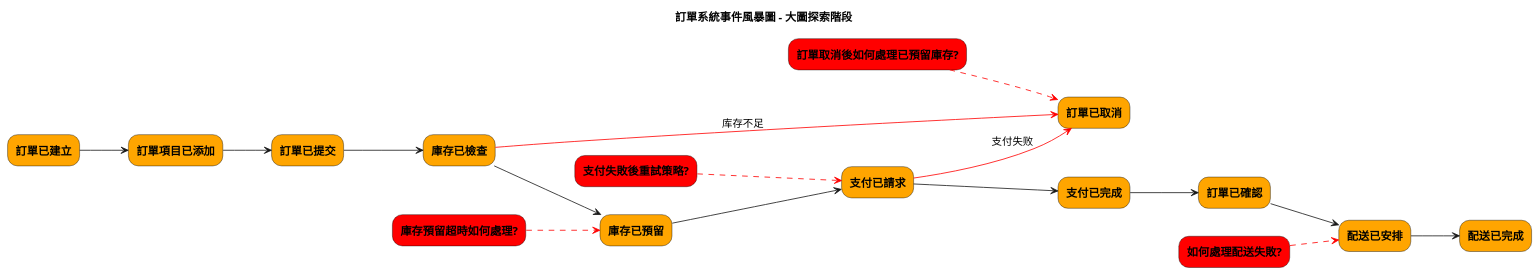
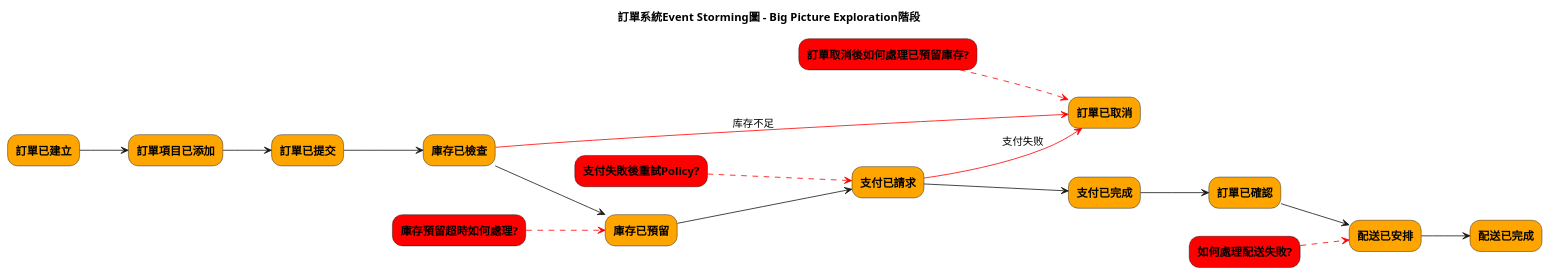
Before and after one commit to humank/genai-demo: the first of 9 diagrams in docs/en/diagrams/plantuml/es-gen-guidance.md, drawn with PlantUML. The commit also changed other lines of this file and 583 other files, not shown here.

````diff
--- a/docs/en/diagrams/plantuml/es-gen-guidance.md
+++ b/docs/en/diagrams/plantuml/es-gen-guidance.md
@@ -67,52 +65,52 @@
 ```puml
 @startuml big-picture-exploration
 left to right direction
 
 skinparam rectangle {
     RoundCorner 25
     BorderColor black
     FontStyle bold
 }
 
-title 訂單系統事件風暴圖 - 大圖探索階段
+title 訂單系統Event Storming圖 - Big Picture Exploration階段
 
 ' 只关注主要领域事件
 rectangle "訂單已建立" as OrderCreatedEvent #FFA500
 rectangle "訂單項目已添加" as OrderItemAddedEvent #FFA500
 rectangle "訂單已提交" as OrderSubmittedEvent #FFA500
 rectangle "庫存已檢查" as InventoryCheckedEvent #FFA500
 rectangle "庫存已預留" as InventoryReservedEvent #FFA500
 rectangle "支付已請求" as PaymentRequestedEvent #FFA500
 rectangle "支付已完成" as PaymentCompletedEvent #FFA500
 rectangle "訂單已確認" as OrderConfirmedEvent #FFA500
 rectangle "配送已安排" as DeliveryArrangedEvent #FFA500
 rectangle "配送已完成" as DeliveryCompletedEvent #FFA500
 rectangle "訂單已取消" as OrderCancelledEvent #FFA500
 
 ' 热点/问题
 rectangle "庫存預留超時如何處理?" as InventoryTimeoutIssue #FF0000
-rectangle "支付失敗後重試策略?" as PaymentRetryIssue #FF0000
+rectangle "支付失敗後重試Policy?" as PaymentRetryIssue #FF0000
 rectangle "訂單取消後如何處理已預留庫存?" as InventoryReleaseIssue #FF0000
 rectangle "如何處理配送失敗?" as DeliveryFailureIssue #FF0000
 
 ' 时间线连接
 OrderCreatedEvent --> OrderItemAddedEvent
 OrderItemAddedEvent --> OrderSubmittedEvent
 OrderSubmittedEvent --> InventoryCheckedEvent
 InventoryCheckedEvent --> InventoryReservedEvent
 InventoryReservedEvent --> PaymentRequestedEvent
 PaymentRequestedEvent --> PaymentCompletedEvent
 PaymentCompletedEvent --> OrderConfirmedEvent
 OrderConfirmedEvent --> DeliveryArrangedEvent
 DeliveryArrangedEvent --> DeliveryCompletedEvent
 
 ' 分支路径
 InventoryCheckedEvent -[#red]-> OrderCancelledEvent : 库存不足
 PaymentRequestedEvent -[#red]-> OrderCancelledEvent : 支付失败
 
 ' 热点问题连接
 InventoryTimeoutIssue -[#red,dashed]-> InventoryReservedEvent
 PaymentRetryIssue -[#red,dashed]-> PaymentRequestedEvent
 InventoryReleaseIssue -[#red,dashed]-> OrderCancelledEvent
 DeliveryFailureIssue -[#red,dashed]-> DeliveryArrangedEvent
 ```
````
